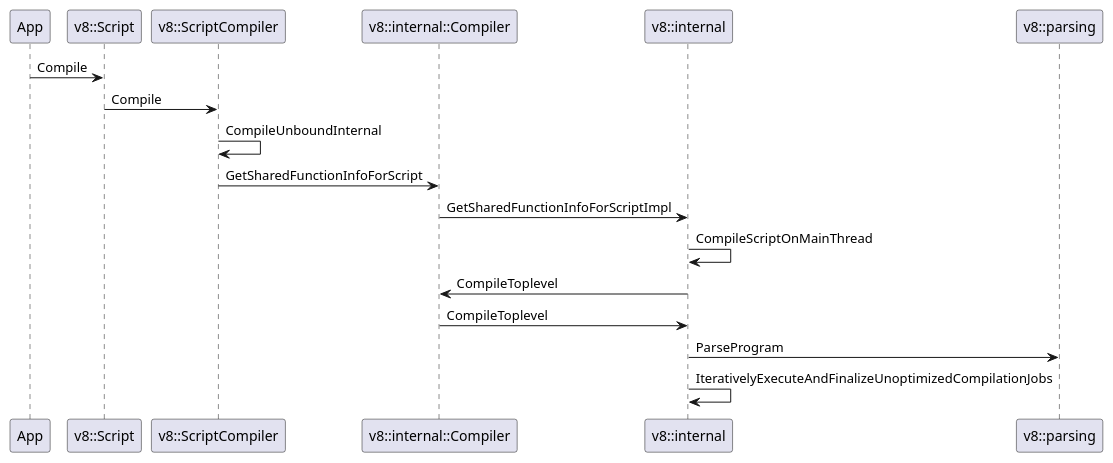
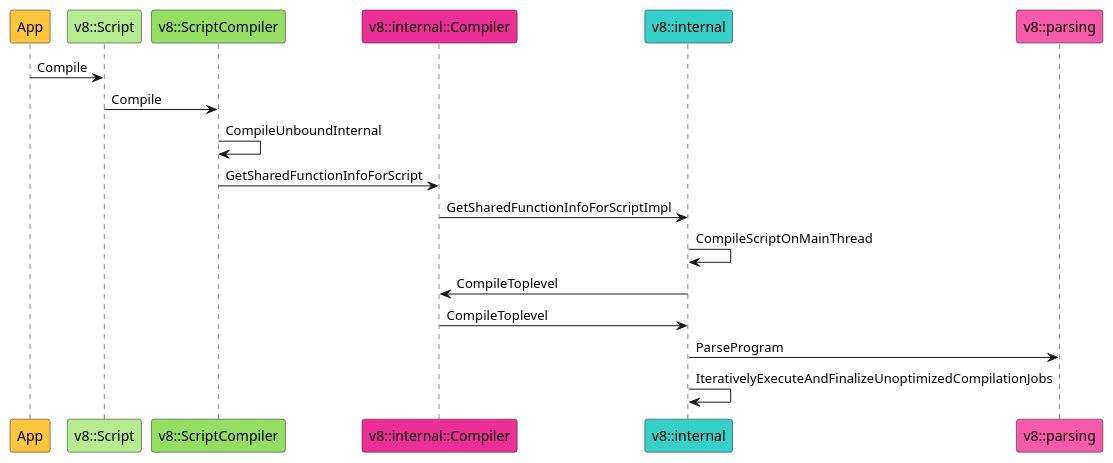
The diagram in docs/v8.puml (lusing/misc), drawn with PlantUML before and after one commit. The commit also changed 1 other file, not shown here.

```diff
--- a/docs/v8.puml
+++ b/docs/v8.puml
@@ -1,18 +1,18 @@
 @startuml
-participant App
-participant "v8::Script" as v8_script
-participant "v8::ScriptCompiler" as v8_scriptCompiler
-participant "v8::internal::Compiler" as internal_Compiler
-participant "v8::internal" as internal
-participant "v8::parsing" as parsing
+participant App #ffc53d
+participant "v8::Script" as v8_script #b7eb8f
+participant "v8::ScriptCompiler" as v8_scriptCompiler #95de64
+participant "v8::internal::Compiler" as internal_Compiler #eb2f96
+participant "v8::internal" as internal #36cfc9
+participant "v8::parsing" as parsing #f759ab
 App -> v8_script : Compile
 v8_script -> v8_scriptCompiler : Compile
 v8_scriptCompiler -> v8_scriptCompiler : CompileUnboundInternal
 v8_scriptCompiler -> internal_Compiler : GetSharedFunctionInfoForScript
 internal_Compiler -> internal : GetSharedFunctionInfoForScriptImpl
 internal -> internal : CompileScriptOnMainThread
 internal -> internal_Compiler : CompileToplevel
 internal_Compiler -> internal : CompileToplevel
 internal -> parsing : ParseProgram
 internal -> internal : IterativelyExecuteAndFinalizeUnoptimizedCompilationJobs
 @enduml
```
